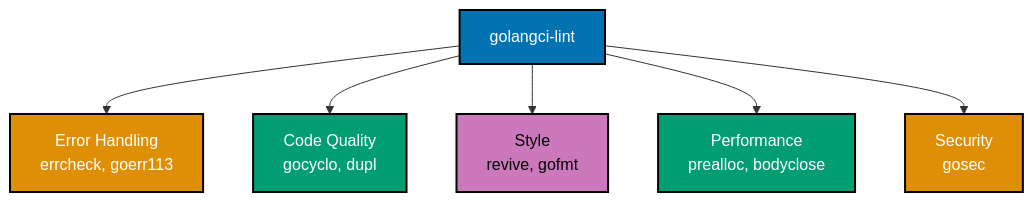
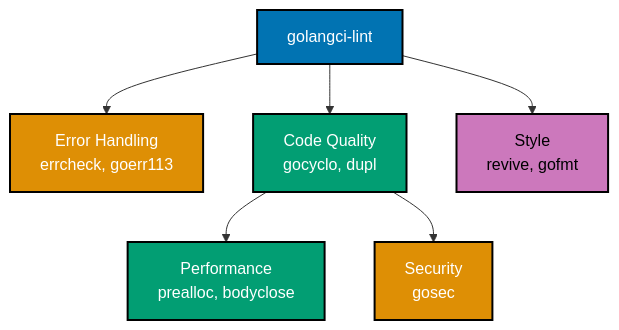
The second of 7 diagrams in docs/explanation/software-engineering/programming-languages/golang/code-quality-standards.md (wahidyankf/open-sharia-enterprise), drawn with Mermaid before and after one commit. The commit also changed other lines of this file and 11 other files, not shown here.

First line of the commit message:
fix(docs): fix mermaid violations in golang docs

````diff
--- a/docs/explanation/software-engineering/programming-languages/golang/code-quality-standards.md
+++ b/docs/explanation/software-engineering/programming-languages/golang/code-quality-standards.md
@@ -569,23 +567,23 @@
 ```mermaid
 %% Color Palette: Blue #0173B2, Orange #DE8F05, Teal #029E73, Purple #CC78BC
 %% Linter categories for comprehensive code quality
 
 graph TD
     A["golangci-lint"]:::blue
     B["Error Handling<br/>errcheck, goerr113"]:::orange
     C["Code Quality<br/>gocyclo, dupl"]:::teal
     D["Style<br/>revive, gofmt"]:::purple
     E["Performance<br/>prealloc, bodyclose"]:::teal
     F["Security<br/>gosec"]:::orange
 
     A --> B
     A --> C
     A --> D
-    A --> E
-    A --> F
+    C --> E
+    C --> F
 
     classDef blue fill:#0173B2,stroke:#000000,color:#FFFFFF,stroke-width:2px
     classDef orange fill:#DE8F05,stroke:#000000,color:#FFFFFF,stroke-width:2px
     classDef teal fill:#029E73,stroke:#000000,color:#FFFFFF,stroke-width:2px
     classDef purple fill:#CC78BC,stroke:#000000,color:#000000,stroke-width:2px
 ```
````
